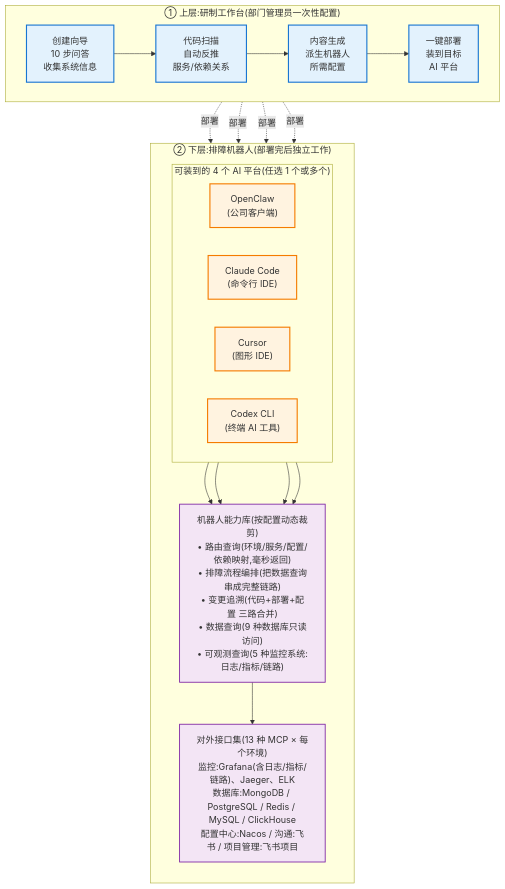
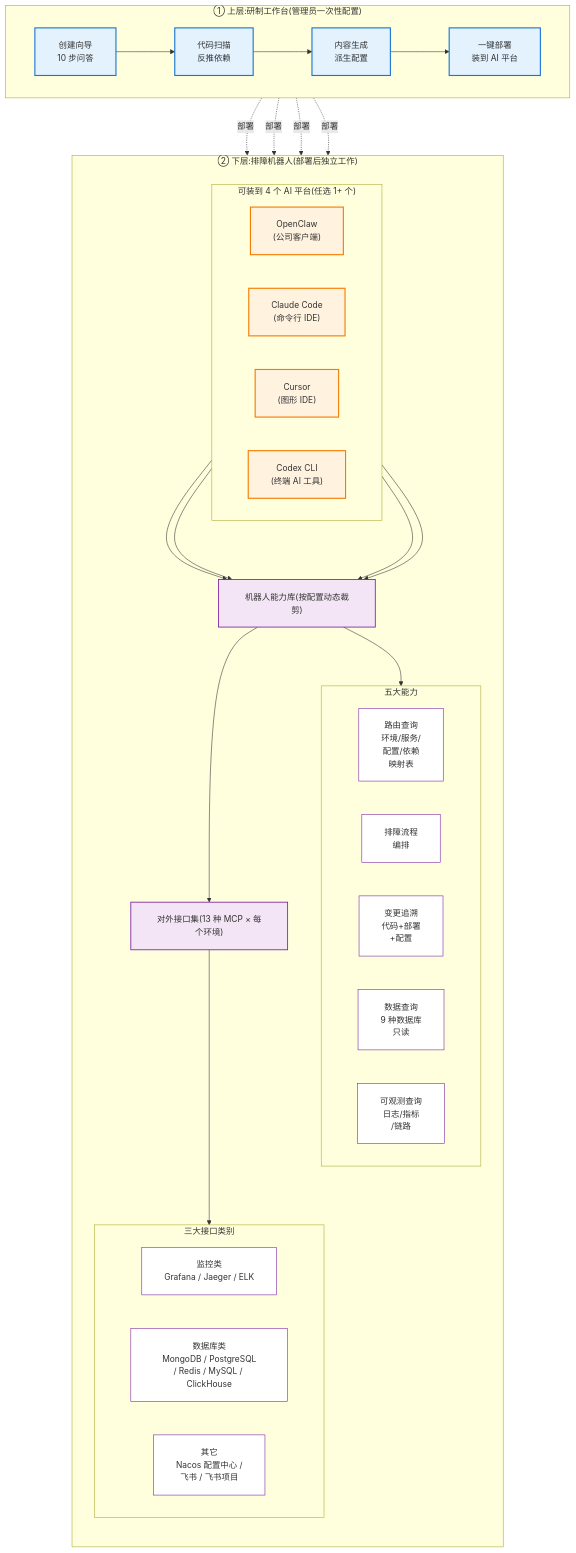
The first of 2 diagrams in docs/agent-application.md (452562082/troubleshooter-studio), drawn with Mermaid before and after one commit. The commit also changed other lines of this file and 1 other file, not shown here.

Commit message:
4 张 Mermaid 流程图调间距 + 拆密集节点,飞书/Word 渲染时文字看得清
每张图加 %%{init: ...}%% 配置块:
- flowchart 类(图 1 架构 / 图 2 7 步):nodeSpacing 50→55-60,rankSpacing 70-80,
  padding 18-20,fontSize 15px(原默认 12-14px)
- sequenceDiagram 类(图 3 三阶段 / 图 4 实战时序):actorMargin 80-90,
  noteMargin 15-18,messageMargin 45-50,boxMargin 12-15,fontSize 14-15px

拆密集节点:

图 1 整体架构:
- Skills 节点原 5 行 bullet 挤一格 → 拆 SkillCat subgraph 含 5 个独立 cat 节点
  (路由查询/排障流程/变更追溯/数据查询/可观测查询)横向排列,每节点 3-4 行
- MCPs 节点原 3 行长字符串 → 拆 MCPCat subgraph 含 3 个 cat 节点
  (监控类/数据库类/其它)横向排列,文字密度降一半

图 2 7 步流程:
- 删去每个 Step 节点末尾的括号补充("(单点故障 vs 全面雪崩)" 等)
- "Step 1 查团队故障库 有相似 pattern?" 三行排开,菱形不挤
- 闭环箭头 label "下次同类直接走快路径" 短化

图 3/4 sequenceDiagram:
- participant label 删括号子说明("路由查询模块<br/>(服务/环境/依赖映射)" → "路由查询模块")
- 长消息文本主动加 <br/> 强制换行(每行≤15 中文字符),不靠 mermaid 自动 wrap
- "── Step N ──" Note 横线分隔区段视觉清

效果:飞书文档 / Word 粘贴 PNG / GitLab markdown 渲染都不再挤字。

````diff
--- a/docs/agent-application.md
+++ b/docs/agent-application.md
@@ -69,39 +69,61 @@
 ```mermaid
+%%{init: {'flowchart': {'nodeSpacing': 60, 'rankSpacing': 80, 'padding': 20}, 'themeVariables': {'fontSize': '15px'}}}%%
 flowchart TB
     classDef studio fill:#e3f2fd,stroke:#1976d2,stroke-width:2px
     classDef target fill:#fff3e0,stroke:#f57c00,stroke-width:2px
     classDef share fill:#f3e5f5,stroke:#7b1fa2,stroke-width:1.5px
+    classDef cat fill:#fff,stroke:#7b1fa2,stroke-width:1px
 
-    subgraph L1["① 上层:研制工作台(部门管理员一次性配置)"]
+    subgraph L1["① 上层:研制工作台(管理员一次性配置)"]
         direction LR
-        W["创建向导<br/>10 步问答<br/>收集系统信息"]:::studio
-        A["代码扫描<br/>自动反推<br/>服务/依赖关系"]:::studio
-        G["内容生成<br/>派生机器人<br/>所需配置"]:::studio
-        I["一键部署<br/>装到目标<br/>AI 平台"]:::studio
+        W["创建向导<br/>10 步问答"]:::studio
+        A["代码扫描<br/>反推依赖"]:::studio
+        G["内容生成<br/>派生配置"]:::studio
+        I["一键部署<br/>装到 AI 平台"]:::studio
         W --> A --> G --> I
     end
 
-    subgraph L2["② 下层:排障机器人(部署完后独立工作)"]
+    subgraph L2["② 下层:排障机器人(部署后独立工作)"]
         direction TB
-        subgraph Plats["可装到的 4 个 AI 平台(任选 1 个或多个)"]
+        subgraph Plats["可装到 4 个 AI 平台(任选 1+ 个)"]
             direction LR
             OC["OpenClaw<br/>(公司客户端)"]:::target
             CC["Claude Code<br/>(命令行 IDE)"]:::target
             CU["Cursor<br/>(图形 IDE)"]:::target
             CX["Codex CLI<br/>(终端 AI 工具)"]:::target
         end
-        Skills["机器人能力库(按配置动态裁剪)<br/>• 路由查询(环境/服务/配置/依赖映射,毫秒返回)<br/>• 排障流程编排(把数据查询串成完整链路)<br/>• 变更追溯(代码+部署+配置 三路合并)<br/>• 数据查询(9 种数据库只读访问)<br/>• 可观测查询(5 种监控系统:日志/指标/链路)"]:::share
-        MCPs["对外接口集(13 种 MCP × 每个环境)<br/>监控:Grafana(含日志/指标/链路)、Jaeger、ELK<br/>数据库:MongoDB / PostgreSQL / Redis / MySQL / ClickHouse<br/>配置中心:Nacos / 沟通:飞书 / 项目管理:飞书项目"]:::share
+
+        Skills["机器人能力库(按配置动态裁剪)"]:::share
+
+        subgraph SkillCat["五大能力"]
+            direction LR
+            SK1["路由查询<br/>环境/服务/<br/>配置/依赖<br/>映射表"]:::cat
+            SK2["排障流程<br/>编排"]:::cat
+            SK3["变更追溯<br/>代码+部署<br/>+配置"]:::cat
+            SK4["数据查询<br/>9 种数据库<br/>只读"]:::cat
+            SK5["可观测查询<br/>日志/指标<br/>/链路"]:::cat
+        end
+
+        MCPs["对外接口集(13 种 MCP × 每个环境)"]:::share
+
+        subgraph MCPCat["三大接口类别"]
+            direction LR
+            M1["监控类<br/>Grafana / Jaeger / ELK"]:::cat
+            M2["数据库类<br/>MongoDB / PostgreSQL<br/>/ Redis / MySQL / ClickHouse"]:::cat
+            M3["其它<br/>Nacos 配置中心 /<br/>飞书 / 飞书项目"]:::cat
+        end
 
         OC --> Skills
         CC --> Skills
         CU --> Skills
         CX --> Skills
+        Skills --> SkillCat
         Skills --> MCPs
+        MCPs --> MCPCat
     end
 
     I -.部署.-> OC
     I -.部署.-> CC
     I -.部署.-> CU
     I -.部署.-> CX
 ```
````
